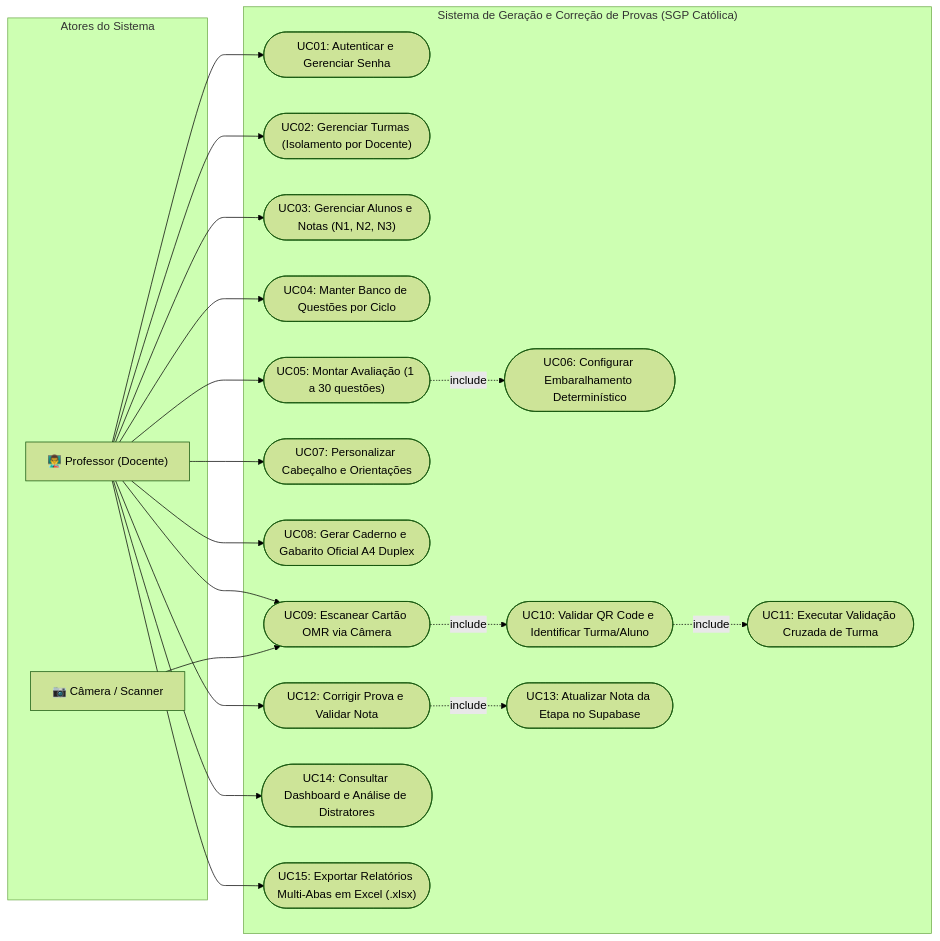
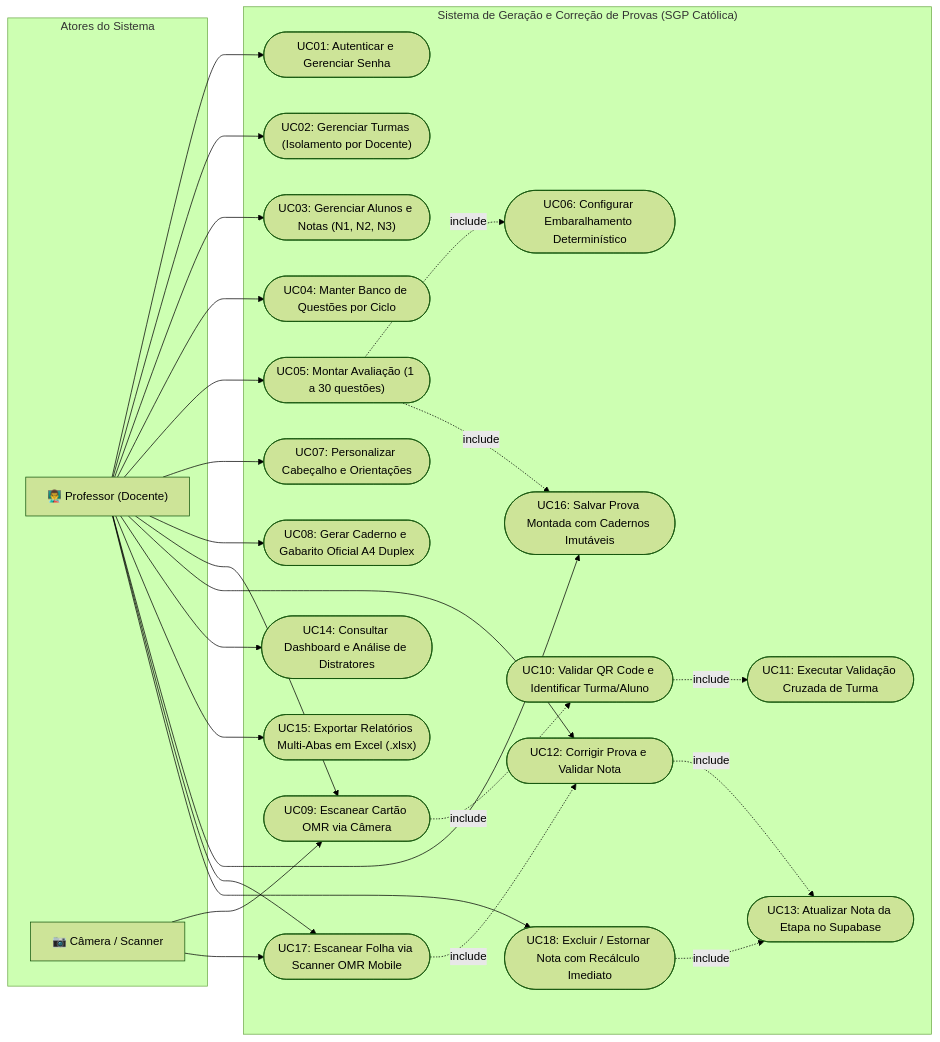
One commit to Agenorsc/SGP-CATOLICA-NEXT changed the first of 5 diagrams in README.md. Above: the diagram before and after it, drawn with Mermaid (forest theme). The commit also changed other lines of this file and 28 other files, not shown here.

Commit message:
feat: implementar modulo de provas montadas, scanner omr mobile e gestao de notas com exclusao

````diff
--- a/README.md
+++ b/README.md
@@ -154,44 +162,54 @@
 ```mermaid
 flowchart LR
     subgraph Atores["Atores do Sistema"]
         Prof["👨‍🏫 Professor (Docente)"]
         Cam["📷 Câmera / Scanner"]
     end
 
     subgraph SGP["Sistema de Geração e Correção de Provas (SGP Católica)"]
         UC01(["UC01: Autenticar e Gerenciar Senha"])
         UC02(["UC02: Gerenciar Turmas (Isolamento por Docente)"])
         UC03(["UC03: Gerenciar Alunos e Notas (N1, N2, N3)"])
         UC04(["UC04: Manter Banco de Questões por Ciclo"])
         UC05(["UC05: Montar Avaliação (1 a 30 questões)"])
         UC06(["UC06: Configurar Embaralhamento Determinístico"])
         UC07(["UC07: Personalizar Cabeçalho e Orientações"])
         UC08(["UC08: Gerar Caderno e Gabarito Oficial A4 Duplex"])
         UC09(["UC09: Escanear Cartão OMR via Câmera"])
         UC10(["UC10: Validar QR Code e Identificar Turma/Aluno"])
         UC11(["UC11: Executar Validação Cruzada de Turma"])
         UC12(["UC12: Corrigir Prova e Validar Nota"])
         UC13(["UC13: Atualizar Nota da Etapa no Supabase"])
         UC14(["UC14: Consultar Dashboard e Análise de Distratores"])
         UC15(["UC15: Exportar Relatórios Multi-Abas em Excel (.xlsx)"])
+        UC16(["UC16: Salvar Prova Montada com Cadernos Imutáveis"])
+        UC17(["UC17: Escanear Folha via Scanner OMR Mobile"])
+        UC18(["UC18: Excluir / Estornar Nota com Recálculo Imediato"])
     end
 
     Prof --> UC01
     Prof --> UC02
     Prof --> UC03
     Prof --> UC04
     Prof --> UC05
     Prof --> UC07
     Prof --> UC08
     Prof --> UC09
     Prof --> UC12
     Prof --> UC14
     Prof --> UC15
+    Prof --> UC16
+    Prof --> UC17
+    Prof --> UC18
 
     Cam --> UC09
+    Cam --> UC17
 
     UC05 -.->|include| UC06
+    UC05 -.->|include| UC16
     UC09 -.->|include| UC10
     UC10 -.->|include| UC11
     UC12 -.->|include| UC13
+    UC17 -.->|include| UC12
+    UC18 -.->|include| UC13
 ```
````
